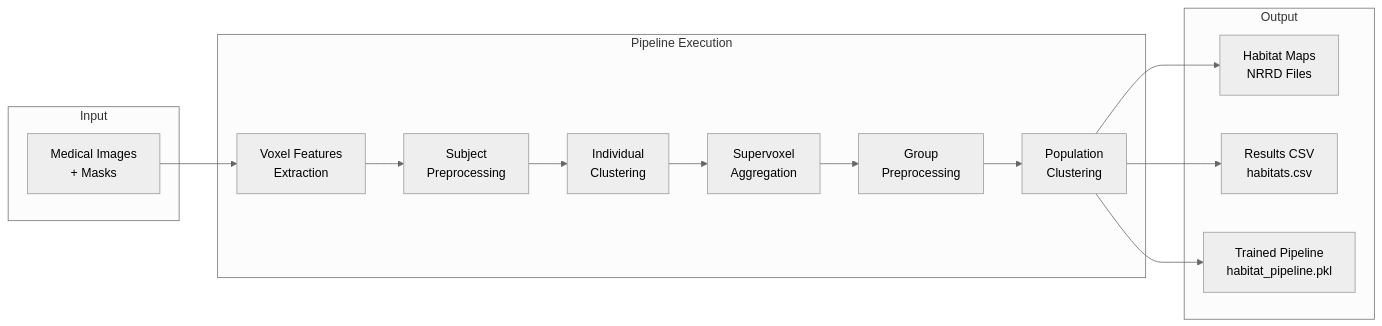
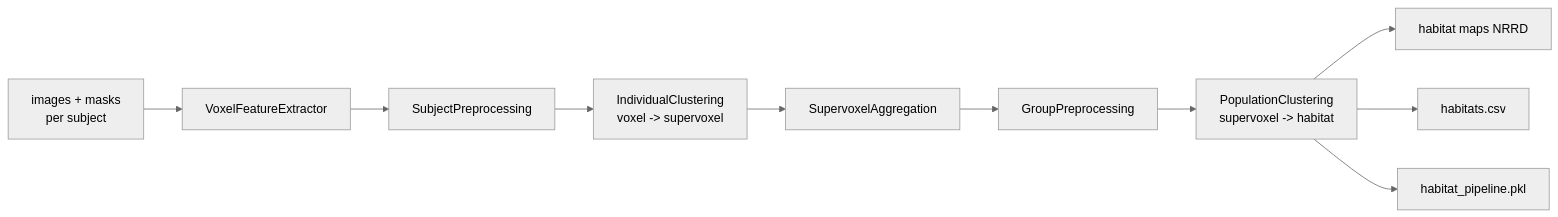
One commit to lichao312214129/HABIT changed the second of 4 diagrams in habit/core/habitat_analysis/ARCHITECTURE.md. Above: the diagram before and after it, drawn with Mermaid (neutral theme). The commit also changed other lines of this file and 93 other files, not shown here.

````diff
--- a/habit/core/habitat_analysis/ARCHITECTURE.md
+++ b/habit/core/habitat_analysis/ARCHITECTURE.md
@@ -232,31 +228,12 @@
 ```mermaid
 graph LR
-    subgraph "Input"
-        Images[Medical Images<br/>+ Masks]
-    end
-    
-    subgraph "Pipeline Execution"
-        VF[Voxel Features<br/>Extraction]
-        SP[Subject<br/>Preprocessing]
-        IC[Individual<br/>Clustering]
-        SA[Supervoxel<br/>Aggregation]
-        GP[Group<br/>Preprocessing]
-        PC[Population<br/>Clustering]
-    end
-    
-    subgraph "Output"
-        HM[Habitat Maps<br/>NRRD Files]
-        CSV[Results CSV<br/>habitats.csv]
-        Model[Trained Pipeline<br/>habitat_pipeline.pkl]
-    end
-    
-    Images --> VF
-    VF --> SP
-    SP --> IC
-    IC --> SA
-    SA --> GP
-    GP --> PC
-    PC --> HM
-    PC --> CSV
-    PC --> Model
+    Imgs[images + masks<br/>per subject] --> VF[VoxelFeatureExtractor]
+    VF --> SP[SubjectPreprocessing]
+    SP --> IC[IndividualClustering<br/>voxel -> supervoxel]
+    IC --> SA[SupervoxelAggregation]
+    SA --> GP[GroupPreprocessing]
+    GP --> PC[PopulationClustering<br/>supervoxel -> habitat]
+    PC --> HM[habitat maps NRRD]
+    PC --> CSV[habitats.csv]
+    PC --> Pkl[habitat_pipeline.pkl]
 ```
````
